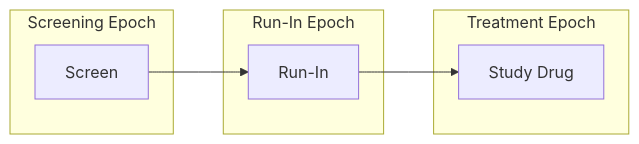
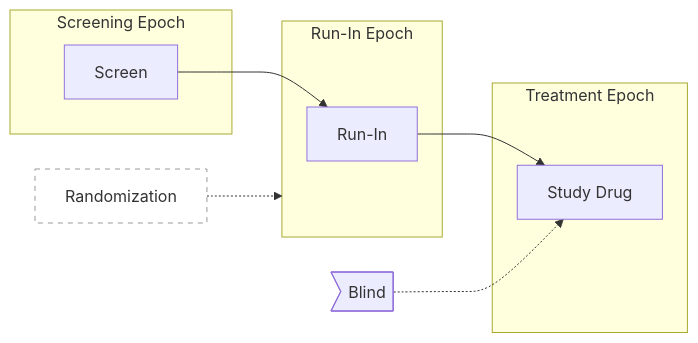
The fourth of 24 diagrams in knowledge_base/domains/TA/examples.md (hakupao/sdtm-pedia), drawn with Mermaid before and after one commit. The commit also changed other lines of this file and 12 other files, not shown here.

First line of the commit message:
fix(kb): Tier B batch B-TA — TA narratives restored + 24 Mermaid vs PDF figures (PASS after 3 attempts; local)

````diff
--- a/knowledge_base/domains/TA/examples.md
+++ b/knowledge_base/domains/TA/examples.md
@@ -94,13 +118,16 @@
 ```mermaid
 graph LR
     subgraph SE["Screening Epoch"]
         S[Screen]
     end
     subgraph RE["Run-In Epoch"]
         RI[Run-In]
     end
     subgraph TE["Treatment Epoch"]
         SD[Study Drug]
     end
     S --> RI --> SD
+    armX>"Blind"] -.-> SD
+    rand["Randomization"] -.-> RE
+    style rand fill:#fff,stroke:#999,stroke-dasharray:5 5
 ```
````
